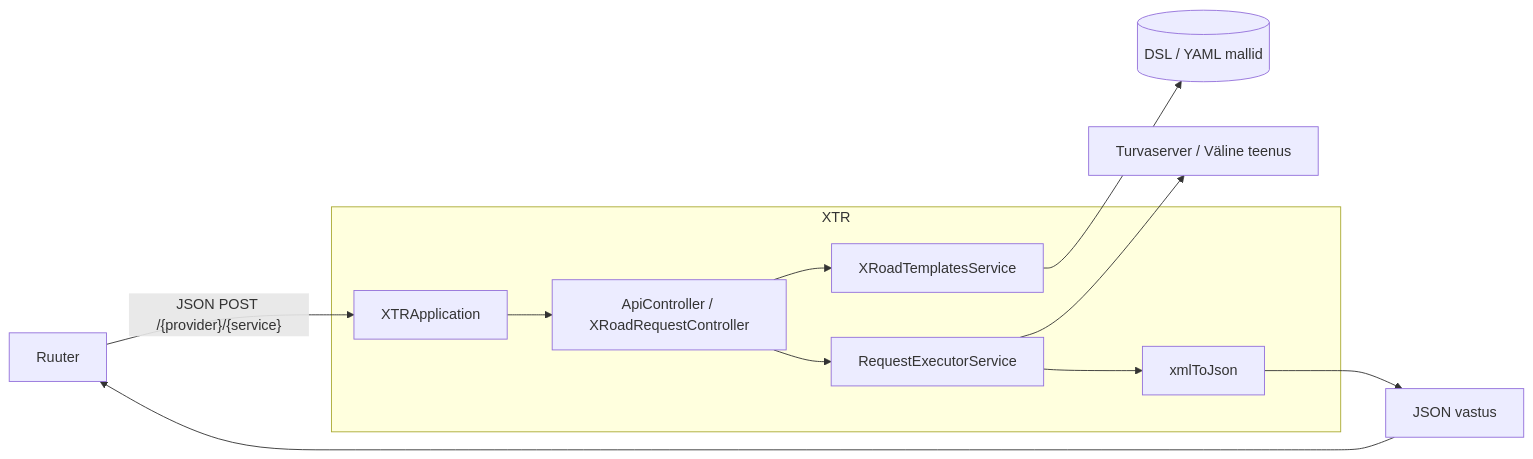
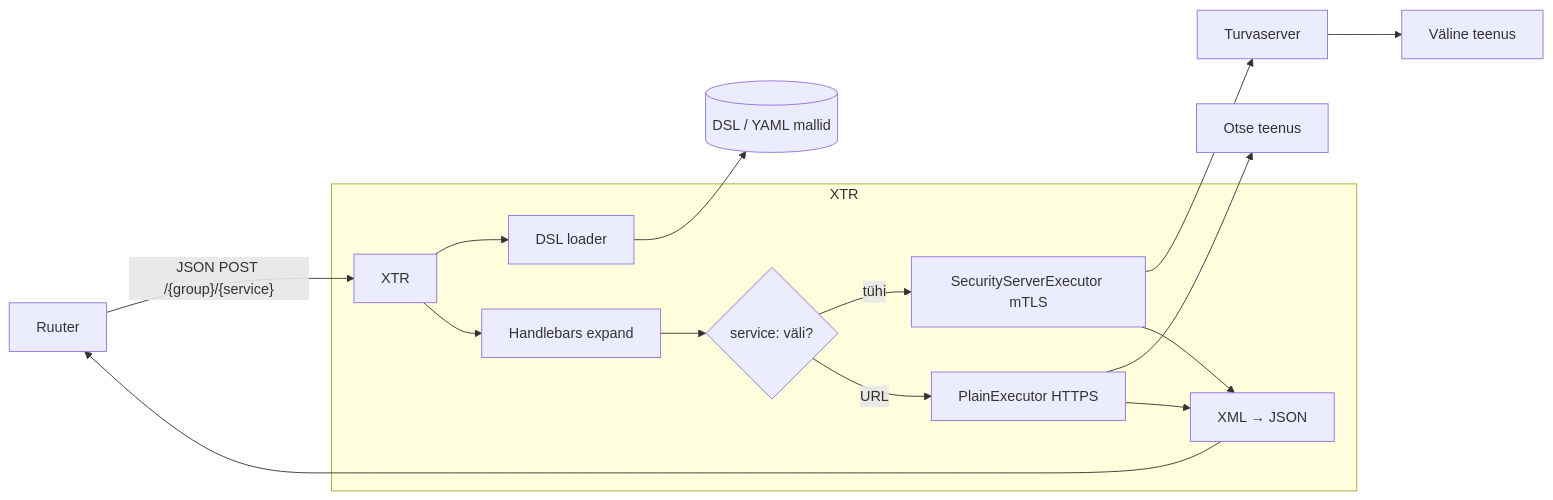
Before and after one commit to kemit-ee/ljvis-2: the first of 3 diagrams in docs/xtee_implementatsioon.md, drawn with Mermaid. The commit also changed other lines of this file, not shown here.

Commit message:
docs(xtee): update to Rust XTR — xtr.yaml config, generate.* helpers, DMapper pattern, WSDL folder-drop, AR identifiers

````diff
--- a/docs/xtee_implementatsioon.md
+++ b/docs/xtee_implementatsioon.md
@@ -34,20 +36,26 @@
 ```mermaid
 flowchart LR
-    A[Ruuter] -->|"JSON POST /{provider}/{service}"| B[XTRApplication]
-    B --> C[ApiController / XRoadRequestController]
-    C --> D[XRoadTemplatesService]
-    D --> E[(DSL / YAML mallid)]
-    C --> F[RequestExecutorService]
-    F --> G[Turvaserver / Väline teenus]
-    F --> H[xmlToJson]
-    H --> I[JSON vastus]
-    I --> A
+    A[Ruuter] -->|"JSON POST /{group}/{service}"| B[XTR]
+    B --> C[DSL loader]
+    C --> D[(DSL / YAML mallid)]
+    B --> E[Handlebars expand]
+    E --> F{service: väli?}
+    F -->|tühi| G[SecurityServerExecutor mTLS]
+    F -->|URL| H[PlainExecutor HTTPS]
+    G --> I[Turvaserver]
+    I --> J[Väline teenus]
+    H --> K[Otse teenus]
+    G --> L[XML → JSON]
+    H --> L
+    L --> A
 
     subgraph XTR
         B
         C
-        D
+        E
         F
+        G
         H
+        L
     end
 ```
````
